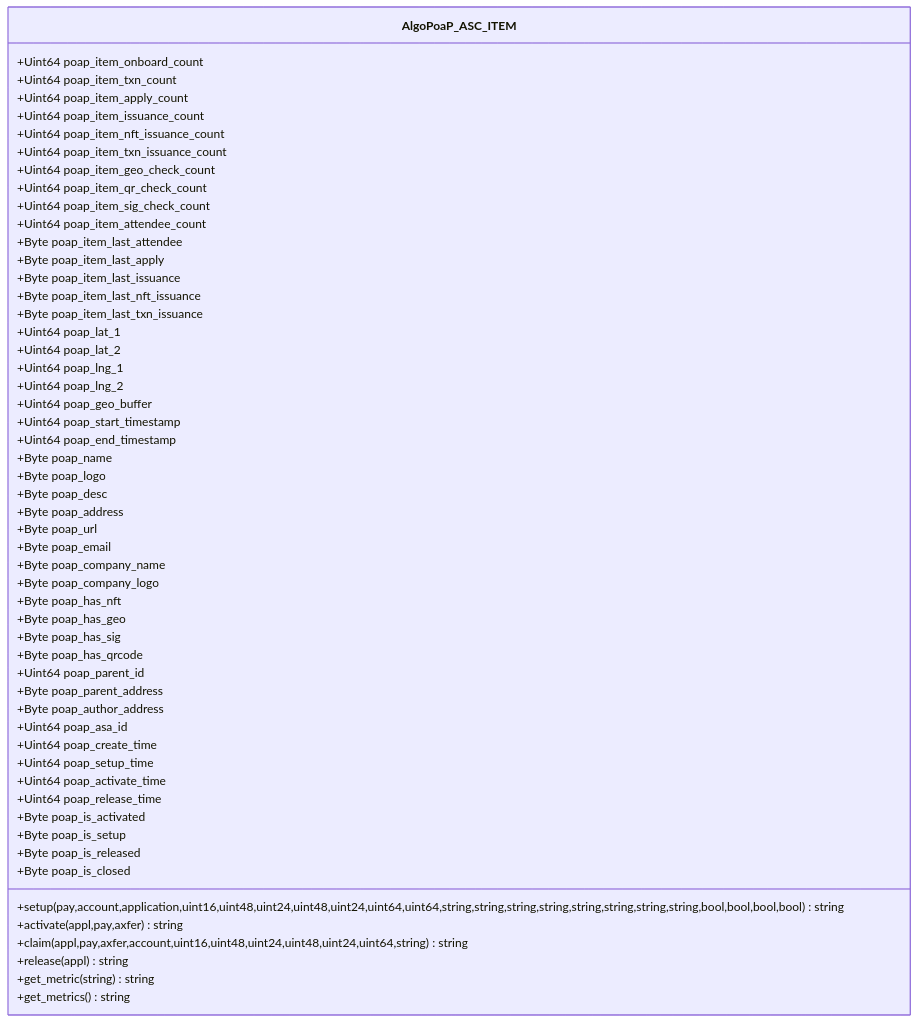
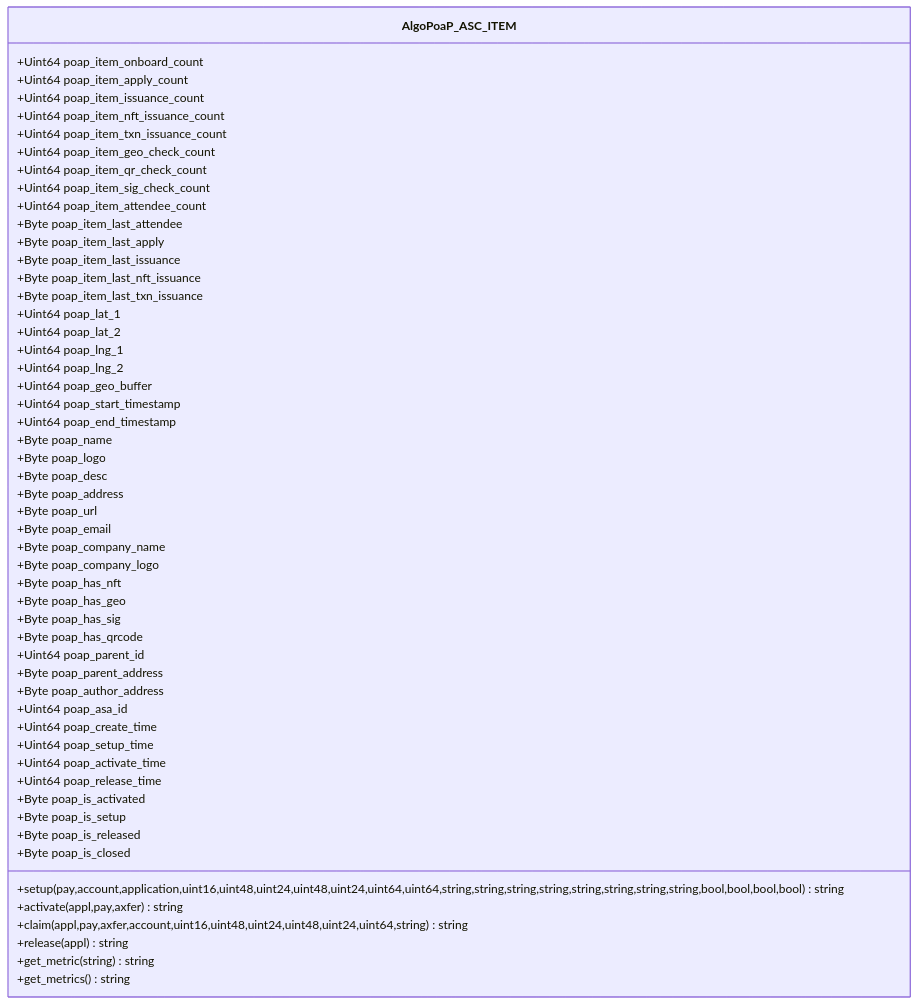
One commit to GoPlausible/.github changed the tenth of 10 diagrams in profile/README.md. Above: the diagram before and after it, drawn with Mermaid.

````diff
--- a/profile/README.md
+++ b/profile/README.md
@@ -596,71 +596,70 @@
 ```mermaid
   classDiagram
     class AlgoPoaP_ASC_ITEM
     AlgoPoaP_ASC_ITEM : +Uint64 poap_item_onboard_count
-    AlgoPoaP_ASC_ITEM : +Uint64 poap_item_txn_count
     AlgoPoaP_ASC_ITEM : +Uint64 poap_item_apply_count
     AlgoPoaP_ASC_ITEM : +Uint64 poap_item_issuance_count
     AlgoPoaP_ASC_ITEM : +Uint64 poap_item_nft_issuance_count
     AlgoPoaP_ASC_ITEM : +Uint64 poap_item_txn_issuance_count
 
     AlgoPoaP_ASC_ITEM : +Uint64 poap_item_geo_check_count
     AlgoPoaP_ASC_ITEM : +Uint64 poap_item_qr_check_count
     AlgoPoaP_ASC_ITEM : +Uint64 poap_item_sig_check_count
 
     AlgoPoaP_ASC_ITEM : +Uint64 poap_item_attendee_count
     AlgoPoaP_ASC_ITEM : +Byte poap_item_last_attendee
     AlgoPoaP_ASC_ITEM : +Byte poap_item_last_apply
     AlgoPoaP_ASC_ITEM : +Byte poap_item_last_issuance
     AlgoPoaP_ASC_ITEM : +Byte poap_item_last_nft_issuance
     AlgoPoaP_ASC_ITEM : +Byte poap_item_last_txn_issuance
 
 
     AlgoPoaP_ASC_ITEM : +Uint64 poap_lat_1
     AlgoPoaP_ASC_ITEM : +Uint64 poap_lat_2
     AlgoPoaP_ASC_ITEM : +Uint64 poap_lng_1
     AlgoPoaP_ASC_ITEM : +Uint64 poap_lng_2
     AlgoPoaP_ASC_ITEM : +Uint64 poap_geo_buffer
     AlgoPoaP_ASC_ITEM : +Uint64 poap_start_timestamp
     AlgoPoaP_ASC_ITEM : +Uint64 poap_end_timestamp
     AlgoPoaP_ASC_ITEM : +Byte poap_name
     AlgoPoaP_ASC_ITEM : +Byte poap_logo
     AlgoPoaP_ASC_ITEM : +Byte poap_desc
     AlgoPoaP_ASC_ITEM : +Byte poap_address
     AlgoPoaP_ASC_ITEM : +Byte poap_url
     AlgoPoaP_ASC_ITEM : +Byte poap_email
     AlgoPoaP_ASC_ITEM : +Byte poap_company_name
     AlgoPoaP_ASC_ITEM : +Byte poap_company_logo
     AlgoPoaP_ASC_ITEM : +Byte poap_has_nft
     AlgoPoaP_ASC_ITEM : +Byte poap_has_geo
     AlgoPoaP_ASC_ITEM : +Byte poap_has_sig
     AlgoPoaP_ASC_ITEM : +Byte poap_has_qrcode
 
     AlgoPoaP_ASC_ITEM : +Uint64 poap_parent_id
     AlgoPoaP_ASC_ITEM : +Byte poap_parent_address
     AlgoPoaP_ASC_ITEM : +Byte poap_author_address
     AlgoPoaP_ASC_ITEM : +Uint64 poap_asa_id
 
      AlgoPoaP_ASC_ITEM : +Uint64 poap_create_time
     AlgoPoaP_ASC_ITEM : +Uint64 poap_setup_time
     AlgoPoaP_ASC_ITEM : +Uint64 poap_activate_time
     AlgoPoaP_ASC_ITEM : +Uint64 poap_release_time
 
 
      AlgoPoaP_ASC_ITEM : +Byte poap_is_activated
     AlgoPoaP_ASC_ITEM : +Byte poap_is_setup
     AlgoPoaP_ASC_ITEM : +Byte poap_is_released
     AlgoPoaP_ASC_ITEM : +Byte poap_is_closed
 
 
  
 
     AlgoPoaP_ASC_ITEM : +setup(pay,account,application,uint16,uint48,uint24,uint48,uint24,uint64,uint64,string,string,string,string,string,string,string,string,bool,bool,bool,bool)string
     AlgoPoaP_ASC_ITEM : +activate(appl,pay,axfer)string
     AlgoPoaP_ASC_ITEM : +claim(appl,pay,axfer,account,uint16,uint48,uint24,uint48,uint24,uint64,string)string
     AlgoPoaP_ASC_ITEM : +release(appl)string
     AlgoPoaP_ASC_ITEM : +get_metric(string)string
     AlgoPoaP_ASC_ITEM : +get_metrics()string
     
   
     
 ```
````
